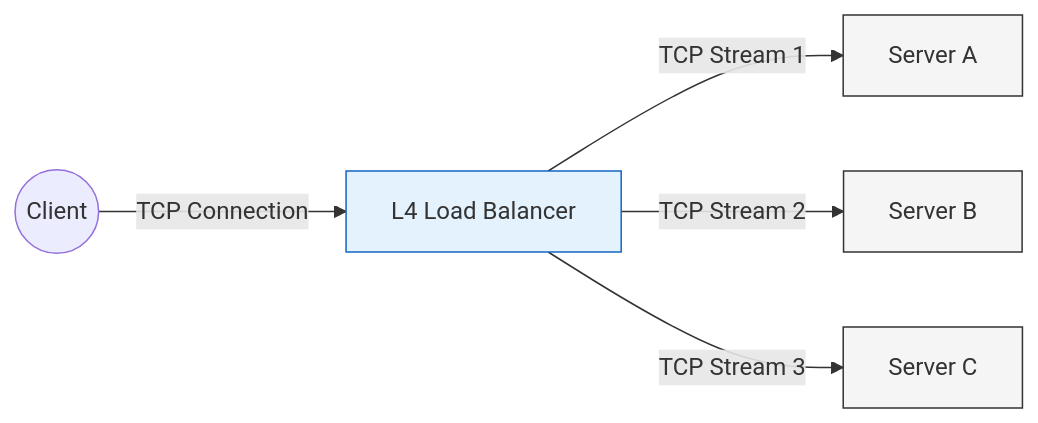
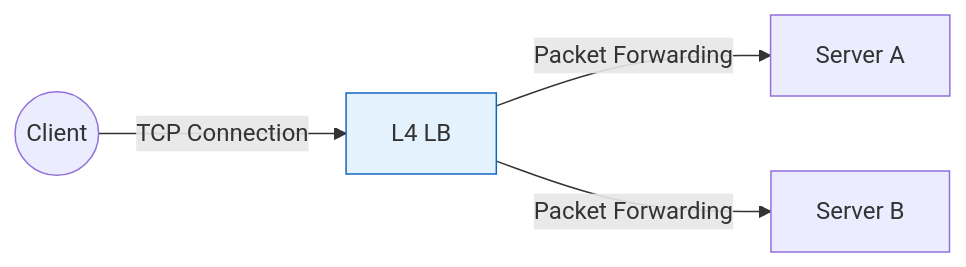
One commit to thseo4813/Study-Notes changed the first of 4 diagrams in 04-system-design/api-gateway-patterns.md. Above: the diagram before and after it, drawn with Mermaid. The commit also changed other lines of this file and 13 other files, not shown here.

````diff
--- a/04-system-design/api-gateway-patterns.md
+++ b/04-system-design/api-gateway-patterns.md
@@ -128,18 +51,13 @@
 ```mermaid
 graph LR
     Client((Client)) 
-    L4[L4 Load Balancer]
+    L4[L4 LB]
     ServerA[Server A]
     ServerB[Server B]
-    ServerC[Server C]
 
     Client -- "TCP Connection" --> L4
-    L4 -- "TCP Stream 1" --> ServerA
-    L4 -- "TCP Stream 2" --> ServerB
-    L4 -- "TCP Stream 3" --> ServerC
+    L4 -- "Packet Forwarding" --> ServerA
+    L4 -- "Packet Forwarding" --> ServerB
 
     style L4 fill:#e3f2fd,stroke:#1565c0
-    style ServerA fill:#f5f5f5,stroke:#333
-    style ServerB fill:#f5f5f5,stroke:#333
-    style ServerC fill:#f5f5f5,stroke:#333
 ```
````
